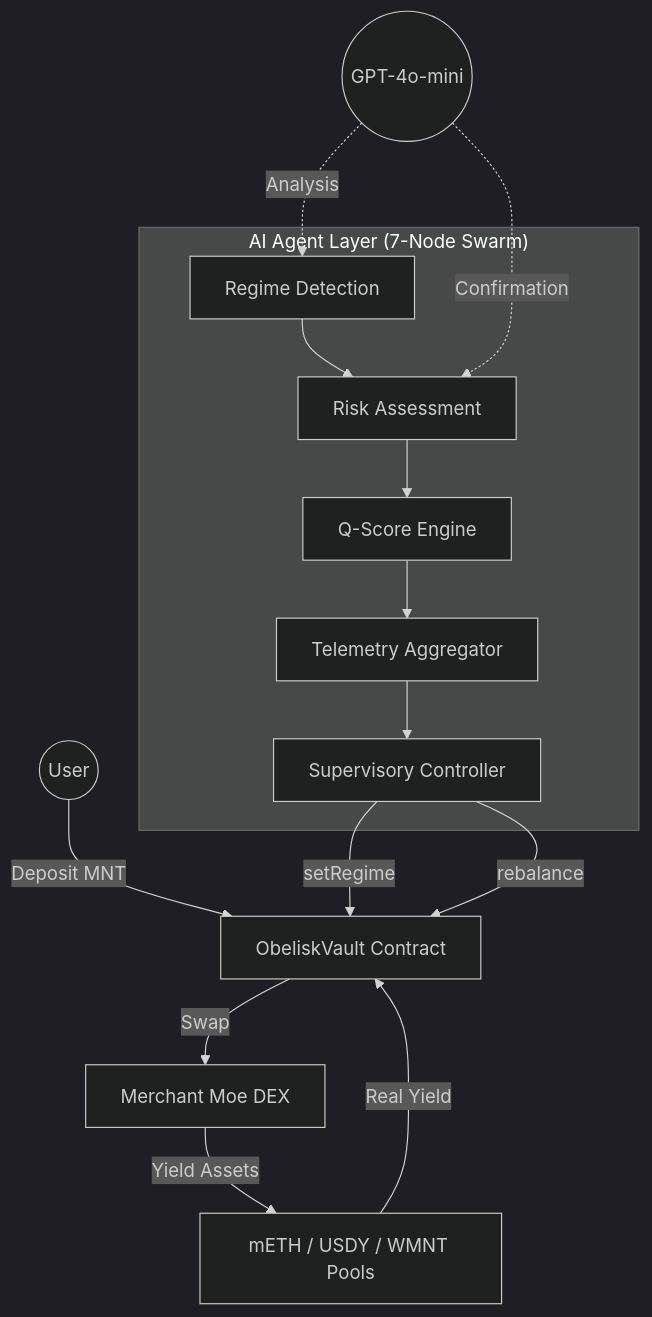
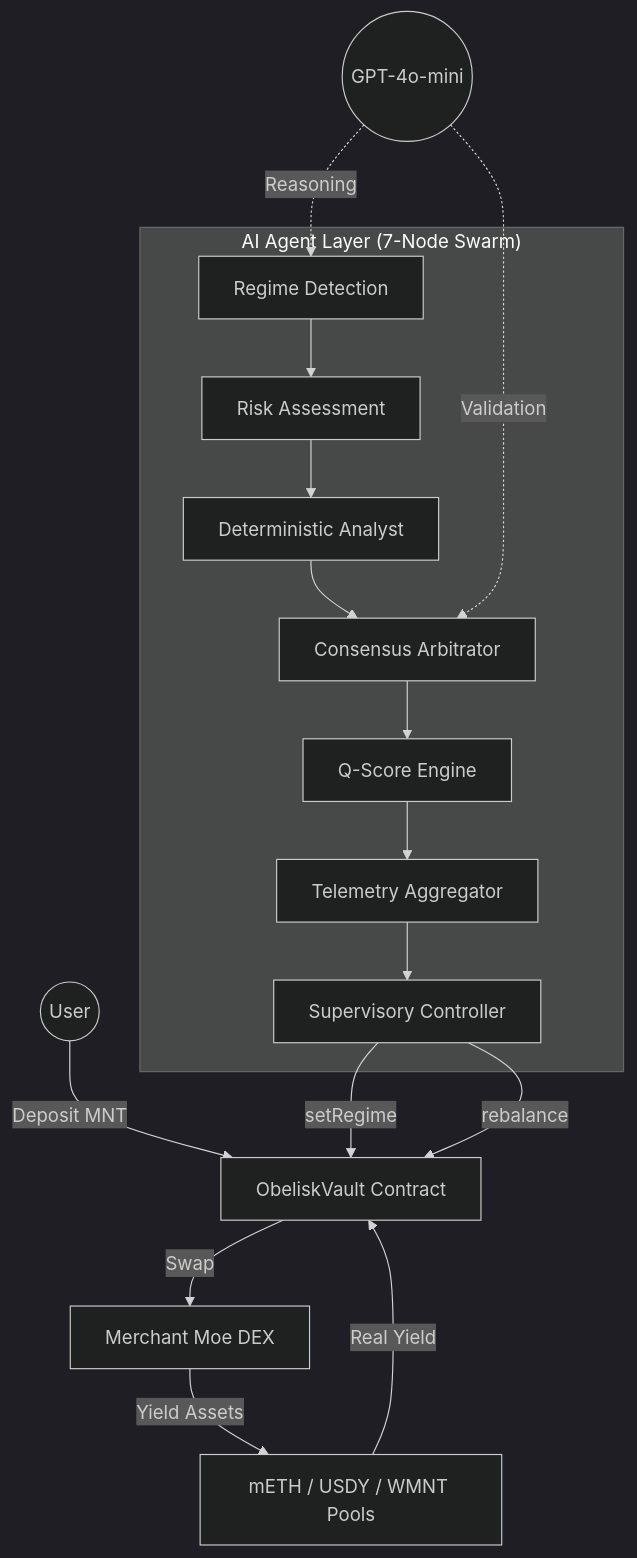
Before and after one commit to samixrd/Obelisk-Q: the diagram in README.md, drawn with Mermaid (dark theme).

Commit message:
docs: update architecture diagram to show 7 nodes

````diff
--- a/README.md
+++ b/README.md
@@ -46,22 +46,24 @@
 ```mermaid
 graph TD
     User((User)) -->|Deposit MNT| Vault[ObeliskVault Contract]
     
     subgraph "AI Agent Layer (7-Node Swarm)"
         Regime[Regime Detection] --> Risk[Risk Assessment]
-        Risk --> QScore[Q-Score Engine]
+        Risk --> Analyst[Deterministic Analyst]
+        Analyst --> Consensus[Consensus Arbitrator]
+        Consensus --> QScore[Q-Score Engine]
         QScore --> Telemetry[Telemetry Aggregator]
         Telemetry --> Supervisor[Supervisory Controller]
     end
 
-    LLM((GPT-4o-mini)) -.->|Analysis| Regime
-    LLM -.->|Confirmation| Risk
+    LLM((GPT-4o-mini)) -.->|Reasoning| Regime
+    LLM -.->|Validation| Consensus
     
     Supervisor -->|setRegime| Vault
     Supervisor -->|rebalance| Vault
     
     Vault -->|Swap| DEX[Merchant Moe DEX]
     DEX -->|Yield Assets| YieldPools[mETH / USDY / WMNT Pools]
     
     YieldPools -->|Real Yield| Vault
 ```
````
